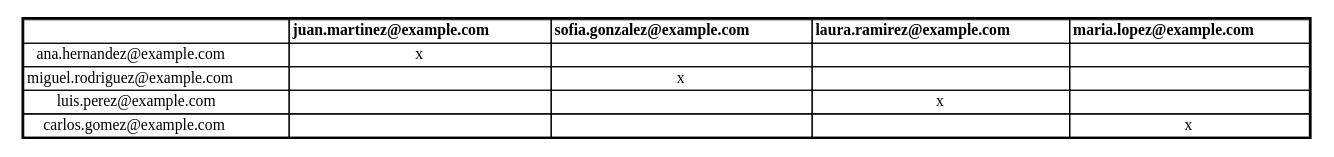
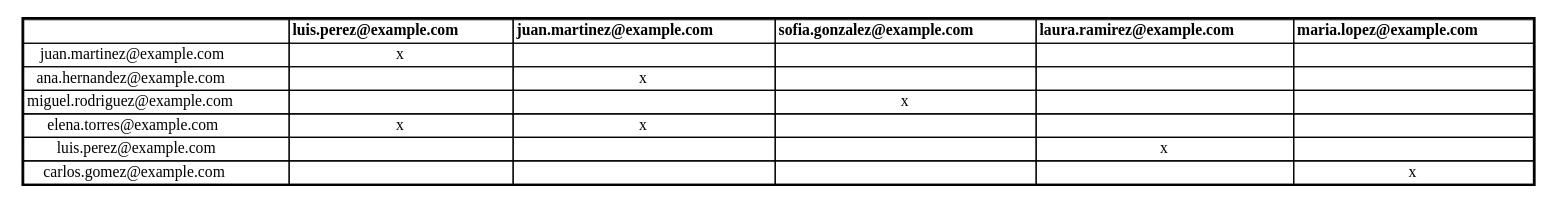
One commit to Kevin-alvarez1/PROYECTO_MULTIFASES_RED_SOCIAL changed the diagram in Fase1/output/relaciones.dot. Above: the diagram before and after it, drawn with Graphviz. The commit also changed 15 other files, not shown here.

```diff
--- a/Fase1/output/relaciones.dot
+++ b/Fase1/output/relaciones.dot
@@ -1,11 +1,13 @@
 digraph G {
 node [shape=plaintext];
 RELACIONES_DE_AMISTAD [label=<
 <table border='2' cellborder='1' cellspacing='0'>
-<tr><td></td><td><b>juan.martinez@example.com</b></td><td><b>sofia.gonzalez@example.com</b></td><td><b>laura.ramirez@example.com</b></td><td><b>maria.lopez@example.com</b></td></tr>
-<tr><td>ana.hernandez@example.com</td><td>x</td><td></td><td></td><td></td></tr>
-<tr><td>miguel.rodriguez@example.com</td><td></td><td>x</td><td></td><td></td></tr>
-<tr><td>luis.perez@example.com</td><td></td><td></td><td>x</td><td></td></tr>
-<tr><td>carlos.gomez@example.com</td><td></td><td></td><td></td><td>x</td></tr>
+<tr><td></td><td><b>luis.perez@example.com</b></td><td><b>juan.martinez@example.com</b></td><td><b>sofia.gonzalez@example.com</b></td><td><b>laura.ramirez@example.com</b></td><td><b>maria.lopez@example.com</b></td></tr>
+<tr><td>juan.martinez@example.com</td><td>x</td><td></td><td></td><td></td><td></td></tr>
+<tr><td>ana.hernandez@example.com</td><td></td><td>x</td><td></td><td></td><td></td></tr>
+<tr><td>miguel.rodriguez@example.com</td><td></td><td></td><td>x</td><td></td><td></td></tr>
+<tr><td>elena.torres@example.com</td><td>x</td><td>x</td><td></td><td></td><td></td></tr>
+<tr><td>luis.perez@example.com</td><td></td><td></td><td></td><td>x</td><td></td></tr>
+<tr><td>carlos.gomez@example.com</td><td></td><td></td><td></td><td></td><td>x</td></tr>
 </table>>];
 }
```
